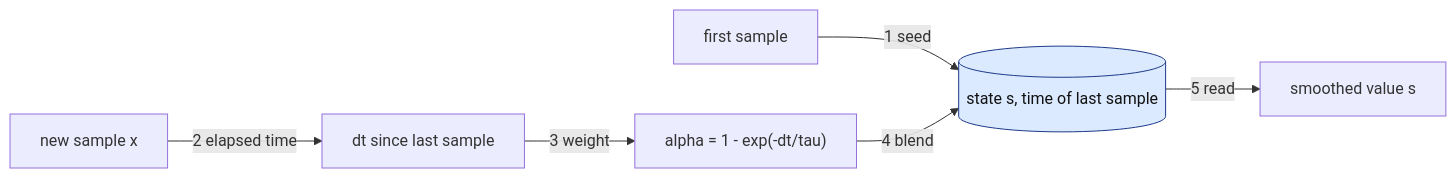
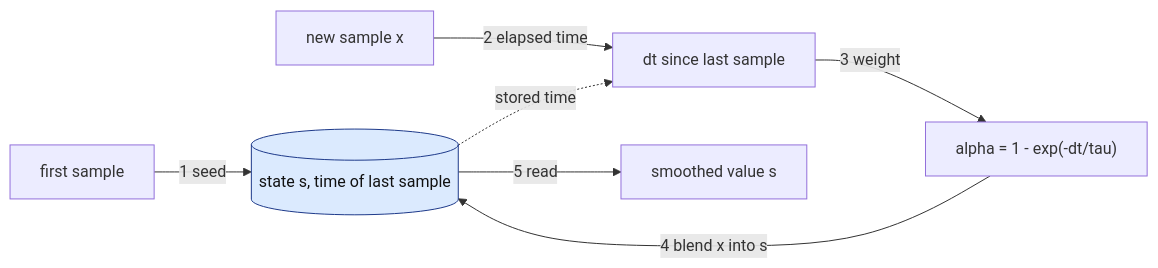
One commit to mengjiasun1992/sllmwiki-demo changed the diagram in sllmwiki/narratives/what-is-an-ewma-exponentially-weighted-moving-average-and-how-does-it-work.md. Above: the diagram before and after it, drawn with Mermaid. The commit also changed other lines of this file and 6 other files, not shown here.

````diff
--- a/sllmwiki/narratives/what-is-an-ewma-exponentially-weighted-moving-average-and-how-does-it-work.md
+++ b/sllmwiki/narratives/what-is-an-ewma-exponentially-weighted-moving-average-and-how-does-it-work.md
@@ -63,10 +63,11 @@
 ```mermaid
 flowchart LR
     F["first sample"] -->|"1 seed"| S[("state s, time of last sample")]
     X["new sample x"] -->|"2 elapsed time"| D["dt since last sample"]
+    S -.->|"stored time"| D
     D -->|"3 weight"| A["alpha = 1 - exp(-dt/tau)"]
-    A -->|"4 blend"| S
+    A -->|"4 blend x into s"| S
     S -->|"5 read"| O["smoothed value s"]
     classDef state fill:#dbeafe,stroke:#1e3a8a,color:#111111
     class S state
 ```
````
